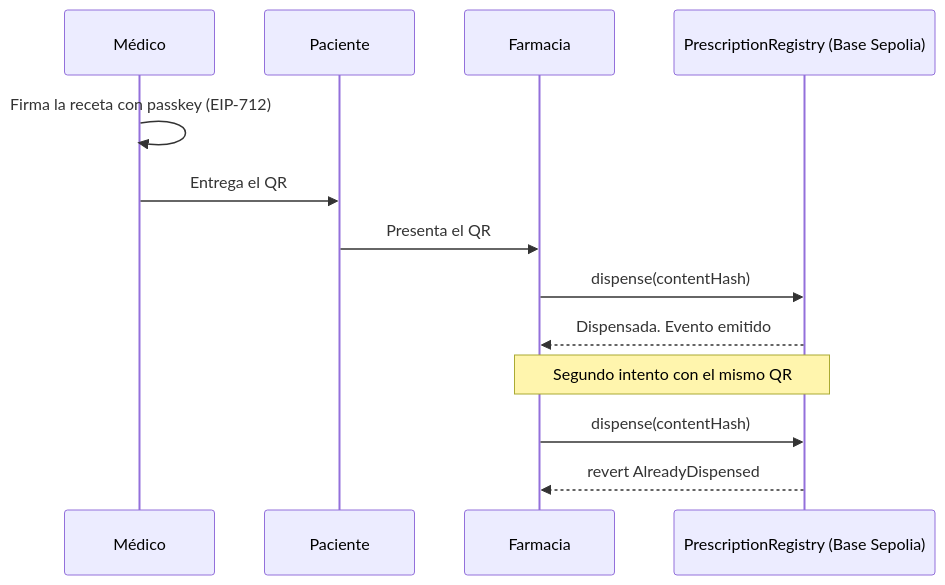
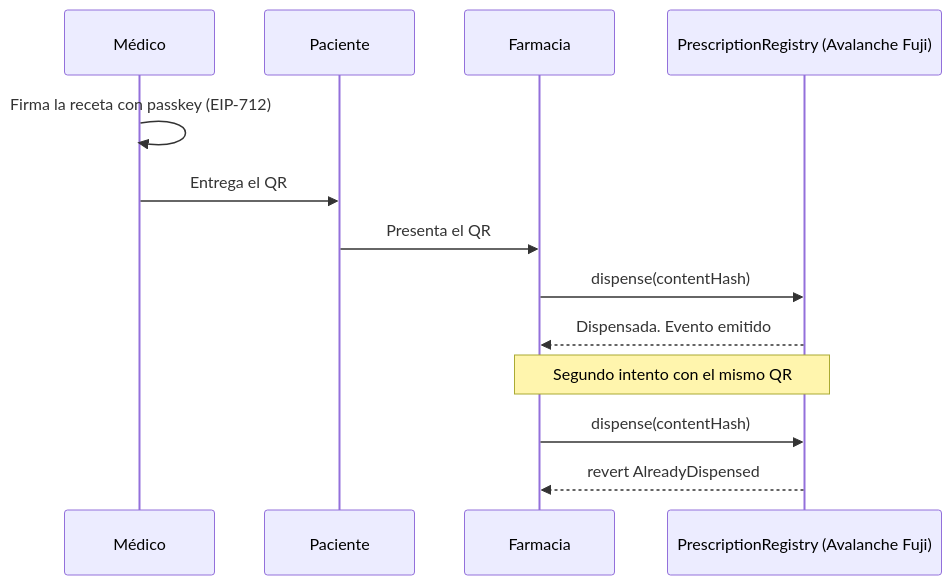
One commit to abrereflo/proyecto_recetas changed the diagram in docs/00-vision-y-alcance.md. Above: the diagram before and after it, drawn with Mermaid. The commit also changed other lines of this file and 15 other files, not shown here.

First line of the commit message:
docs: align the planning documents with Avalanche Fuji and the verified status

````diff
--- a/docs/00-vision-y-alcance.md
+++ b/docs/00-vision-y-alcance.md
@@ -72,16 +72,16 @@
 ```mermaid
 sequenceDiagram
     participant M as Médico
     participant P as Paciente
     participant F as Farmacia
-    participant SC as PrescriptionRegistry (Base Sepolia)
+    participant SC as PrescriptionRegistry (Avalanche Fuji)
 
     M->>M: Firma la receta con passkey (EIP-712)
     M->>P: Entrega el QR
     P->>F: Presenta el QR
     F->>SC: dispense(contentHash)
     SC-->>F: Dispensada. Evento emitido
     Note over F,SC: Segundo intento con el mismo QR
     F->>SC: dispense(contentHash)
     SC-->>F: revert AlreadyDispensed
 ```
````
